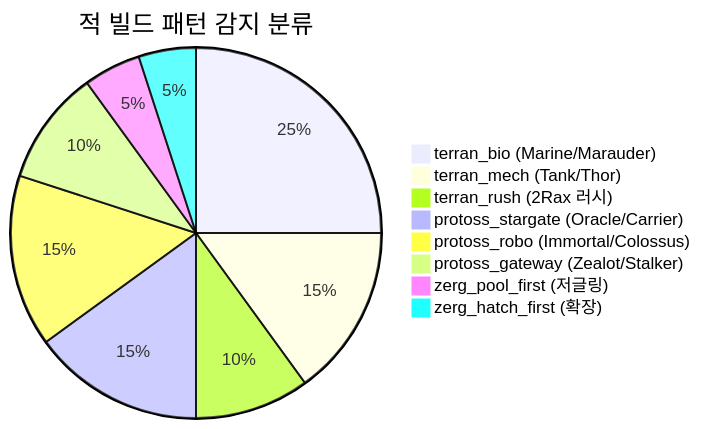
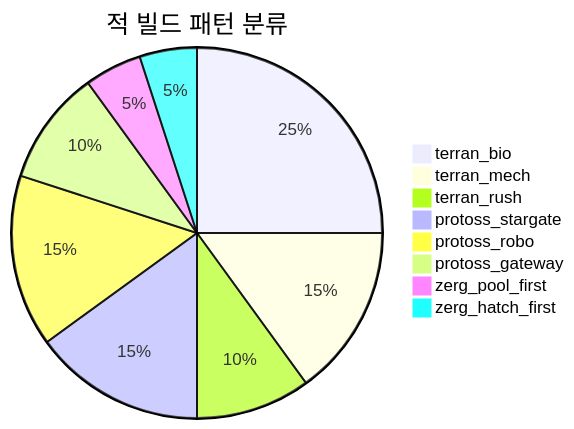
Diagram 15 of 26 in README.md (sun475300-sudo/Swarm-control-in-sc2bot), drawn with Mermaid before and after one commit. The commit also changed other lines of this file, not shown here.

````diff
--- a/README.md
+++ b/README.md
@@ -796,11 +712,11 @@
 ```mermaid
-pie title 적 빌드 패턴 감지 분류
-    "terran_bio (Marine/Marauder)" : 25
-    "terran_mech (Tank/Thor)" : 15
-    "terran_rush (2Rax 러시)" : 10
-    "protoss_stargate (Oracle/Carrier)" : 15
-    "protoss_robo (Immortal/Colossus)" : 15
-    "protoss_gateway (Zealot/Stalker)" : 10
-    "zerg_pool_first (저글링)" : 5
-    "zerg_hatch_first (확장)" : 5
+pie title 적 빌드 패턴 분류
+    "terran_bio" : 25
+    "terran_mech" : 15
+    "terran_rush" : 10
+    "protoss_stargate" : 15
+    "protoss_robo" : 15
+    "protoss_gateway" : 10
+    "zerg_pool_first" : 5
+    "zerg_hatch_first" : 5
 ```
````
